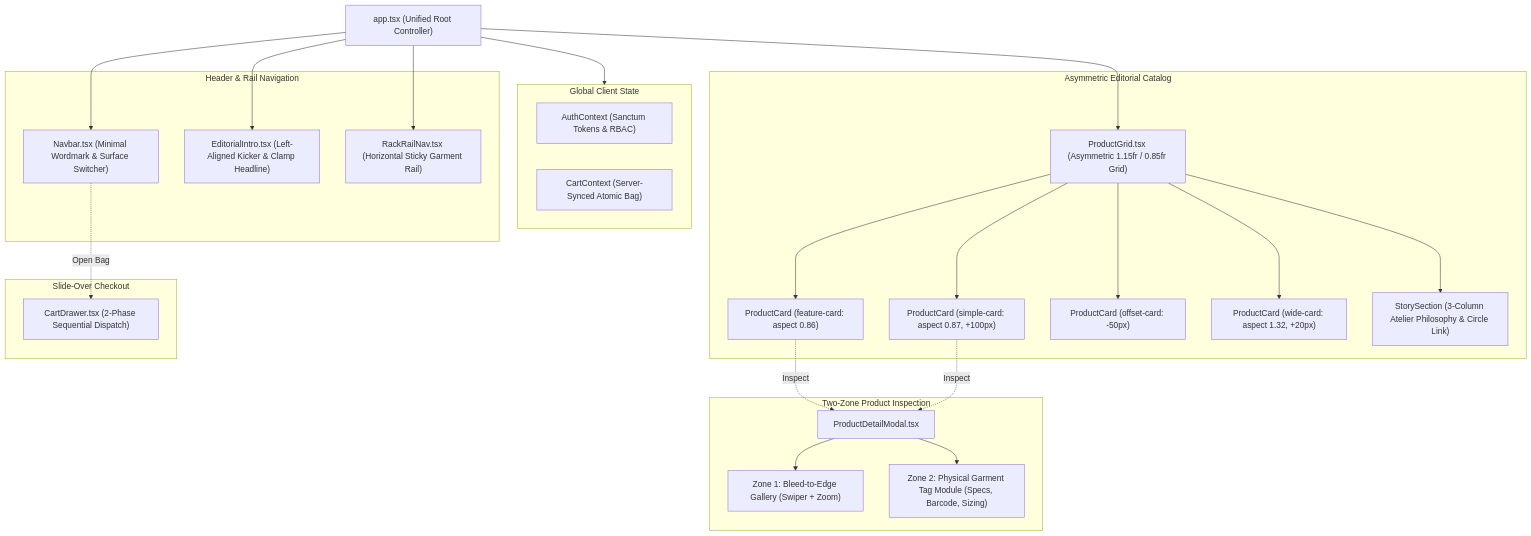
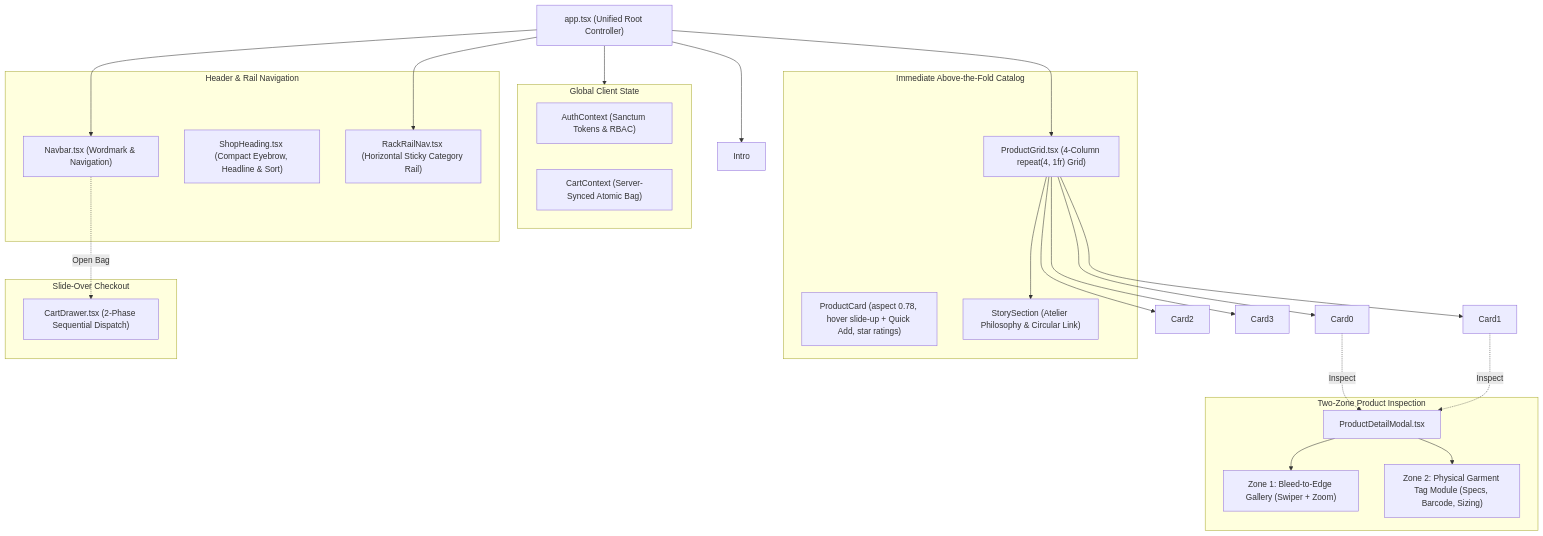
One commit to arvnddl18/ecommerce-backend changed the diagram in Vault/ECOMMERCE VAULT/02 - Architecture/Frontend_Design_System_Architecture.md. Above: the diagram before and after it, drawn with Mermaid. The commit also changed other lines of this file and 73 other files, not shown here.

````diff
--- a/Vault/ECOMMERCE VAULT/02 - Architecture/Frontend_Design_System_Architecture.md
+++ b/Vault/ECOMMERCE VAULT/02 - Architecture/Frontend_Design_System_Architecture.md
@@ -23,50 +23,47 @@
 ```mermaid
 graph TD
     App["app.tsx (Unified Root Controller)"]
     
     subgraph SharedContext["Global Client State"]
         AuthCtx["AuthContext (Sanctum Tokens & RBAC)"]
         CartCtx["CartContext (Server-Synced Atomic Bag)"]
     end
     
     subgraph NavigationLayer["Header & Rail Navigation"]
-        Nav["Navbar.tsx (Minimal Wordmark & Surface Switcher)"]
-        Intro["EditorialIntro.tsx (Left-Aligned Kicker & Clamp Headline)"]
-        Rail["RackRailNav.tsx (Horizontal Sticky Garment Rail)"]
+        Nav["Navbar.tsx (Wordmark & Navigation)"]
+        Heading["ShopHeading.tsx (Compact Eyebrow, Headline & Sort)"]
+        Rail["RackRailNav.tsx (Horizontal Sticky Category Rail)"]
     end
     
-    subgraph CatalogLayer["Asymmetric Editorial Catalog"]
-        Grid["ProductGrid.tsx (Asymmetric 1.15fr / 0.85fr Grid)"]
-        Card0["ProductCard (feature-card: aspect 0.86)"]
-        Card1["ProductCard (simple-card: aspect 0.87, +100px)"]
-        Card2["ProductCard (offset-card: -50px)"]
-        Card3["ProductCard (wide-card: aspect 1.32, +20px)"]
-        Story["StorySection (3-Column Atelier Philosophy & Circle Link)"]
+    subgraph CatalogLayer["Immediate Above-the-Fold Catalog"]
+        Grid["ProductGrid.tsx (4-Column repeat(4, 1fr) Grid)"]
+        Cards["ProductCard (aspect 0.78, hover slide-up + Quick Add, star ratings)"]
+        Story["StorySection (Atelier Philosophy & Circular Link)"]
     end
     
     subgraph InspectionLayer["Two-Zone Product Inspection"]
         Modal["ProductDetailModal.tsx"]
         Zone1["Zone 1: Bleed-to-Edge Gallery (Swiper + Zoom)"]
         Zone2["Zone 2: Physical Garment Tag Module (Specs, Barcode, Sizing)"]
     end
     
     subgraph CheckoutLayer["Slide-Over Checkout"]
         Drawer["CartDrawer.tsx (2-Phase Sequential Dispatch)"]
     end
 
     App --> SharedContext
     App --> Nav
     App --> Intro
     App --> Rail
     App --> Grid
     Grid --> Card0
     Grid --> Card1
     Grid --> Card2
     Grid --> Card3
     Grid --> Story
     Card0 -.->|Inspect| Modal
     Card1 -.->|Inspect| Modal
     Modal --> Zone1
     Modal --> Zone2
     Nav -.->|Open Bag| Drawer
 ```
````
